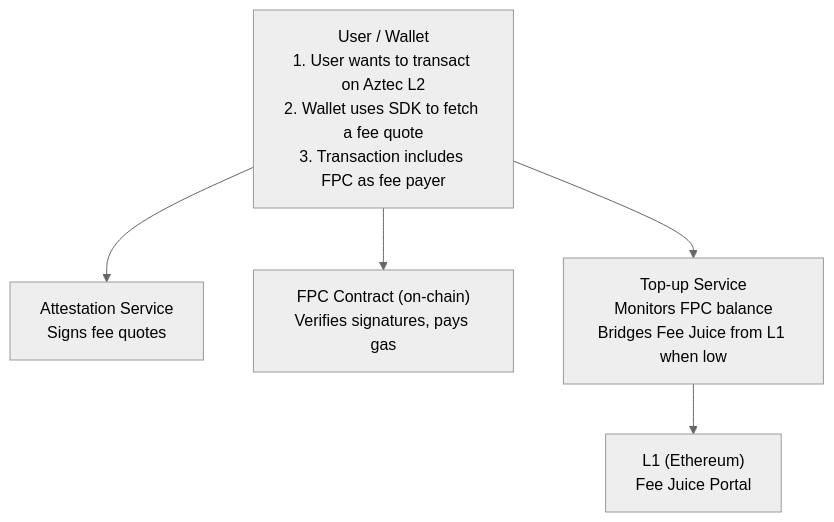
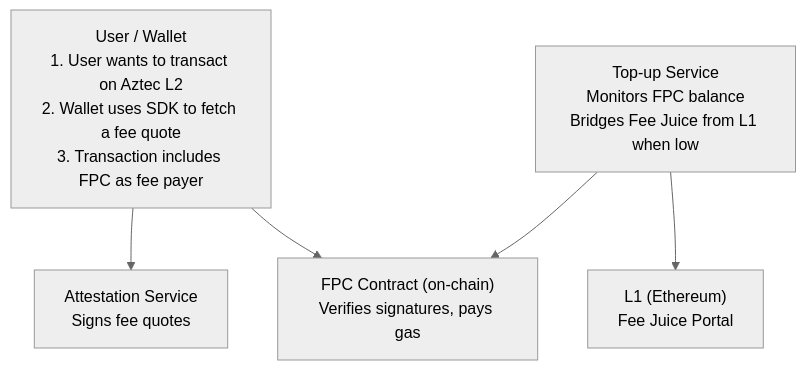
One commit to NethermindEth/aztec-fpc changed the first of 4 diagrams in docs/architecture.md. Above: the diagram before and after it, drawn with Mermaid (neutral theme). The commit also changed other lines of this file and 1 other file, not shown here.

Commit message:
fix: correct system diagram (remove wallet->topup arrow) and cold-start sequence (bridge goes to L1, not FPC)

````diff
--- a/docs/architecture.md
+++ b/docs/architecture.md
@@ -19,8 +19,8 @@
 ```mermaid
 graph TD
     W["User / Wallet<br/>1. User wants to transact on Aztec L2<br/>2. Wallet uses SDK to fetch a fee quote<br/>3. Transaction includes FPC as fee payer"]
     W --> A["Attestation Service<br/>Signs fee quotes"]
     W --> F["FPC Contract (on-chain)<br/>Verifies signatures, pays gas"]
-    W --> T["Top-up Service<br/>Monitors FPC balance<br/>Bridges Fee Juice from L1 when low"]
+    T["Top-up Service<br/>Monitors FPC balance<br/>Bridges Fee Juice from L1 when low"] --> F
     T --> L1["L1 (Ethereum)<br/>Fee Juice Portal"]
 ```
````
